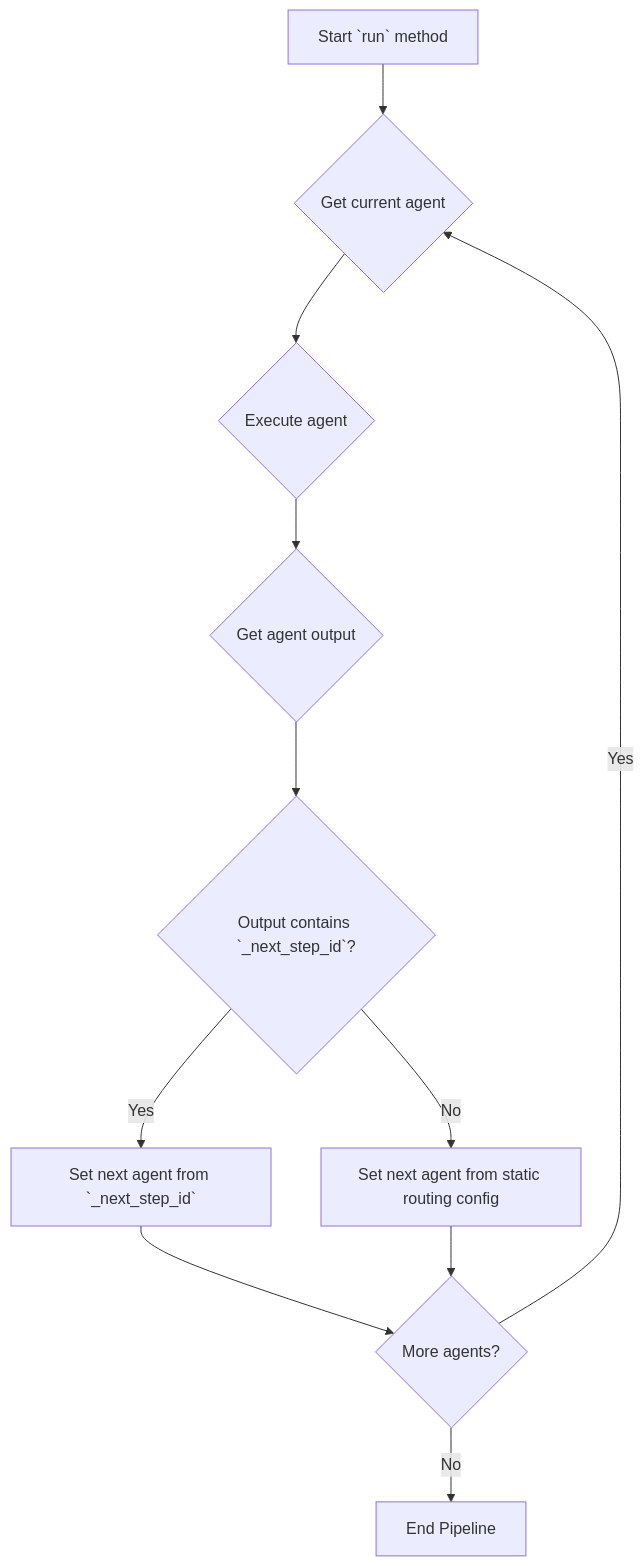
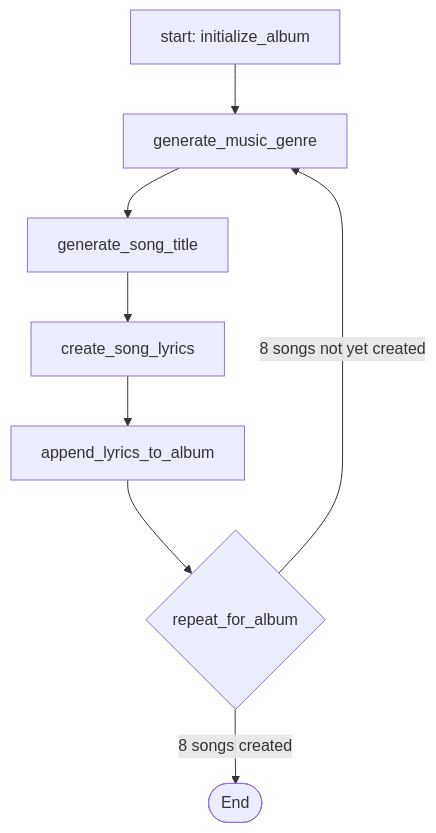
The diagram in plan.md (Theblackcat98/AgenticPipelineCreator), drawn with Mermaid before and after one commit. The commit also changed other lines of this file and 2 other files, not shown here.

````diff
--- a/plan.md
+++ b/plan.md
@@ -12,13 +31,10 @@
 ```mermaid
 graph TD
-    A[Start `run` method] --> B{Get current agent};
-    B --> C{Execute agent};
-    C --> D{Get agent output};
-    D --> E{Output contains `_next_step_id`?};
-    E -- Yes --> F[Set next agent from `_next_step_id`];
-    E -- No --> G[Set next agent from static routing config];
-    F --> H{More agents?};
-    G --> H;
-    H -- Yes --> B;
-    H -- No --> I[End Pipeline];
+    A[start: initialize_album] --> B[generate_music_genre];
+    B --> C[generate_song_title];
+    C --> D[create_song_lyrics];
+    D --> E[append_lyrics_to_album];
+    E --> F{repeat_for_album};
+    F -- 8 songs not yet created --> B;
+    F -- 8 songs created --> G([End]);
 ```
````
